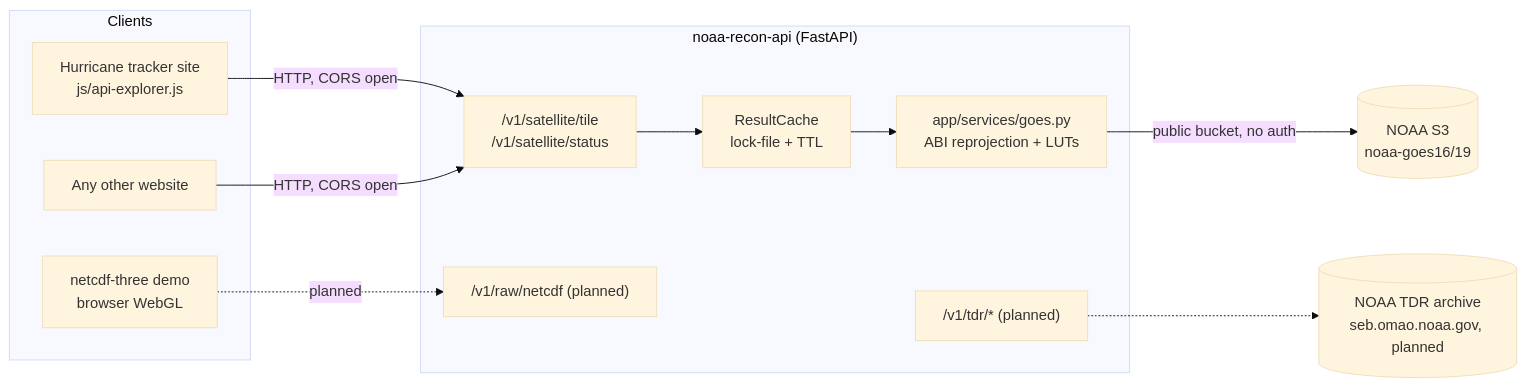
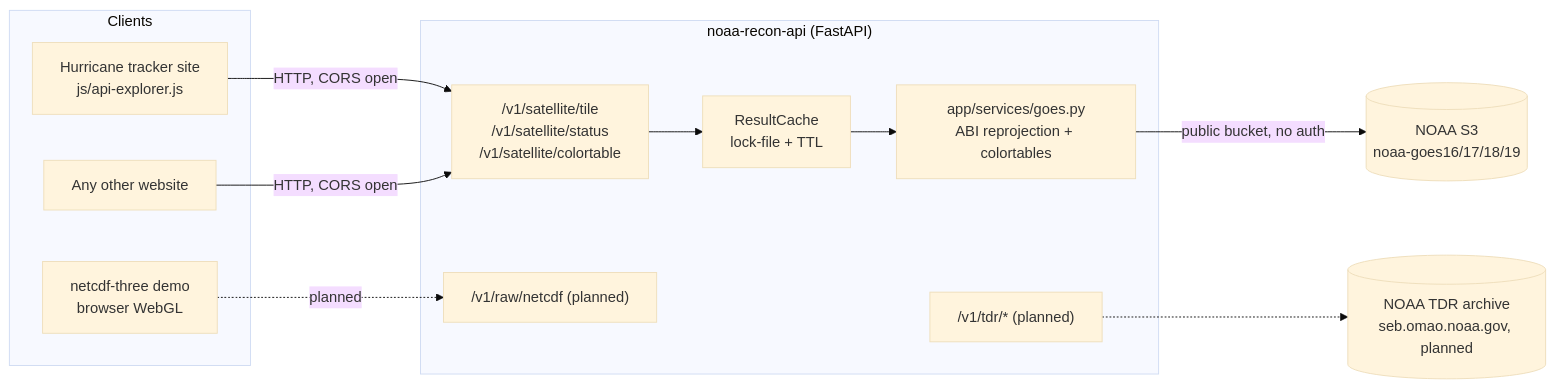
One commit to jjmurdock19/noaa-recon-api changed the first of 2 diagrams in README.md. Above: the diagram before and after it, drawn with Mermaid (base theme). The commit also changed other lines of this file and 9 other files, not shown here.

````diff
--- a/README.md
+++ b/README.md
@@ -33,26 +85,26 @@
 ```mermaid
 flowchart LR
     subgraph Clients
         A[Hurricane tracker site<br/>js/api-explorer.js]
         B[Any other website]
         C[netcdf-three demo<br/>browser WebGL]
     end
 
     subgraph "noaa-recon-api (FastAPI)"
-        D["/v1/satellite/tile<br/>/v1/satellite/status"]
+        D["/v1/satellite/tile<br/>/v1/satellite/status<br/>/v1/satellite/colortable"]
         E["/v1/tdr/* (planned)"]
         F["/v1/raw/netcdf (planned)"]
         G[ResultCache<br/>lock-file + TTL]
-        H[app/services/goes.py<br/>ABI reprojection + LUTs]
+        H[app/services/goes.py<br/>ABI reprojection + colortables]
     end
 
-    I[(NOAA S3<br/>noaa-goes16/19)]
+    I[(NOAA S3<br/>noaa-goes16/17/18/19)]
     J[(NOAA TDR archive<br/>seb.omao.noaa.gov, planned)]
 
     A & B -->|HTTP, CORS open| D
     C -.->|planned| F
     D --> G
     G --> H
     H -->|public bucket, no auth| I
     E -.-> J
 ```
````
